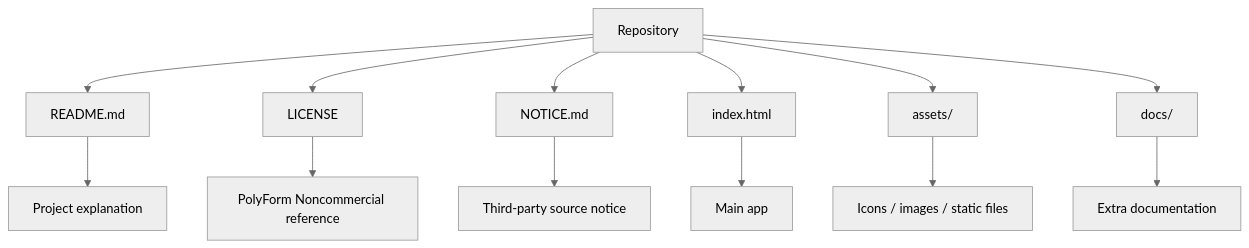
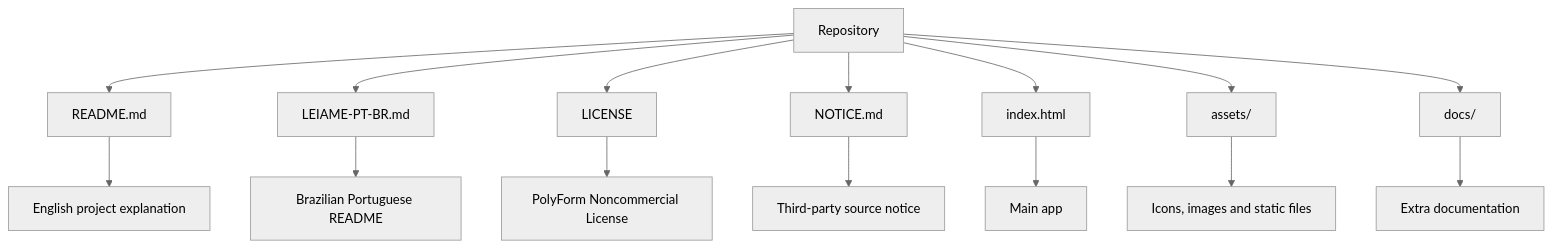
The eighth of 8 diagrams in README.md (HyakkimaruPY/Hanzi-Reader), drawn with Mermaid (neutral theme) before and after one commit. The commit also changed other lines of this file, not shown here.

````diff
--- a/README.md
+++ b/README.md
@@ -237,16 +293,18 @@
 ```mermaid
 graph TD
-    A[Repository] --> B[README.md]
-    A --> C[LICENSE]
-    A --> D[NOTICE.md]
-    A --> E[index.html]
-    A --> F[assets/]
-    A --> G[docs/]
+    A["Repository"] --> B["README.md"]
+    A --> C["LEIAME-PT-BR.md"]
+    A --> D["LICENSE"]
+    A --> E["NOTICE.md"]
+    A --> F["index.html"]
+    A --> G["assets/"]
+    A --> H["docs/"]
 
-    B --> B1[Project explanation]
-    C --> C1[PolyForm Noncommercial reference]
-    D --> D1[Third-party source notice]
-    E --> E1[Main app]
-    F --> F1[Icons / images / static files]
-    G --> G1[Extra documentation]
+    B --> B1["English project explanation"]
+    C --> C1["Brazilian Portuguese README"]
+    D --> D1["PolyForm Noncommercial License"]
+    E --> E1["Third-party source notice"]
+    F --> F1["Main app"]
+    G --> G1["Icons, images and static files"]
+    H --> H1["Extra documentation"]
 ```
````
